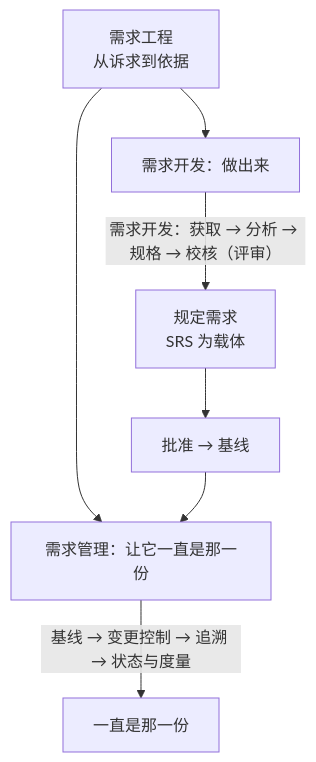
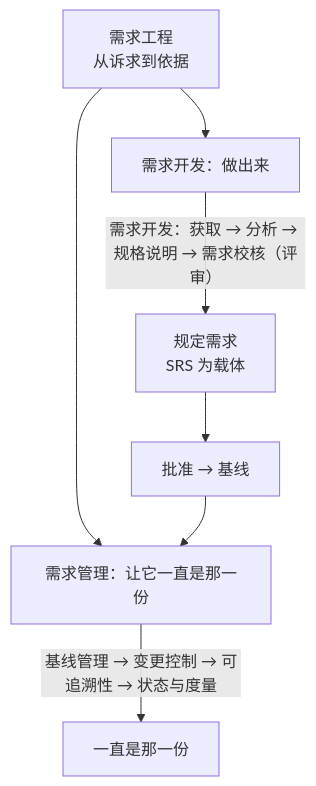
Before and after one commit to Yongjunzhou/AOS-system-design: the second of 2 diagrams in 100-subprojects/01-系统工程研究/03-架构师是个怎样的物种/04-第4章-需求工程-从诉求到依据.md, drawn with Mermaid. The commit also changed other lines of this file and 16 other files, not shown here.

````diff
--- a/100-subprojects/01-系统工程研究/03-架构师是个怎样的物种/04-第4章-需求工程-从诉求到依据.md
+++ b/100-subprojects/01-系统工程研究/03-架构师是个怎样的物种/04-第4章-需求工程-从诉求到依据.md
@@ -608,14 +617,14 @@
 ```mermaid
 flowchart TB
     RE["需求工程<br/>从诉求到依据"]
     RD["需求开发：做出来"]
     RM["需求管理：让它一直是那一份"]
     D1["规定需求<br/>SRS 为载体"]
     GATE["批准 → 基线"]
     RE --> RD
     RE --> RM
-    RD -->|"需求开发：获取 → 分析 → 规格 → 校核（评审）"| D1
+    RD -->|"需求开发：获取 → 分析 → 规格说明 → 需求校核（评审）"| D1
     D1 --> GATE
     GATE --> RM
-    RM -->|"基线 → 变更控制 → 追溯 → 状态与度量"| D2["一直是那一份"]
+    RM -->|"基线管理 → 变更控制 → 可追溯性 → 状态与度量"| D2["一直是那一份"]
 ```
````
